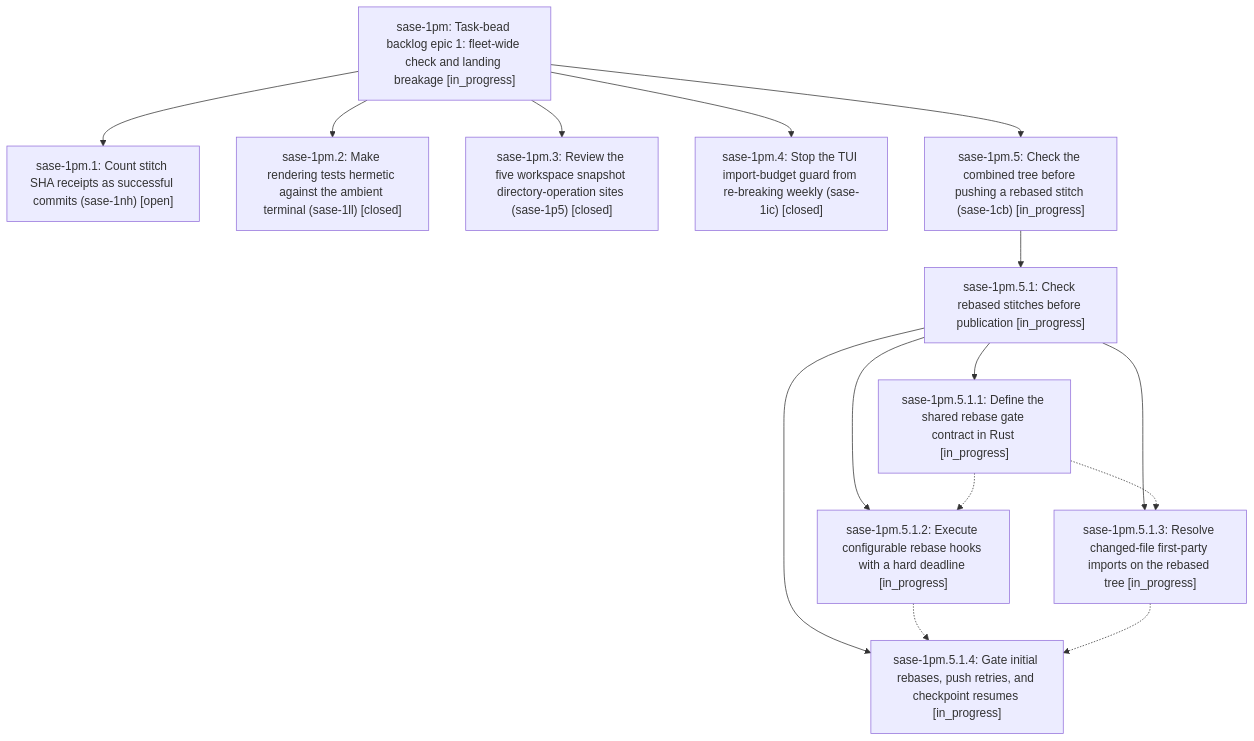
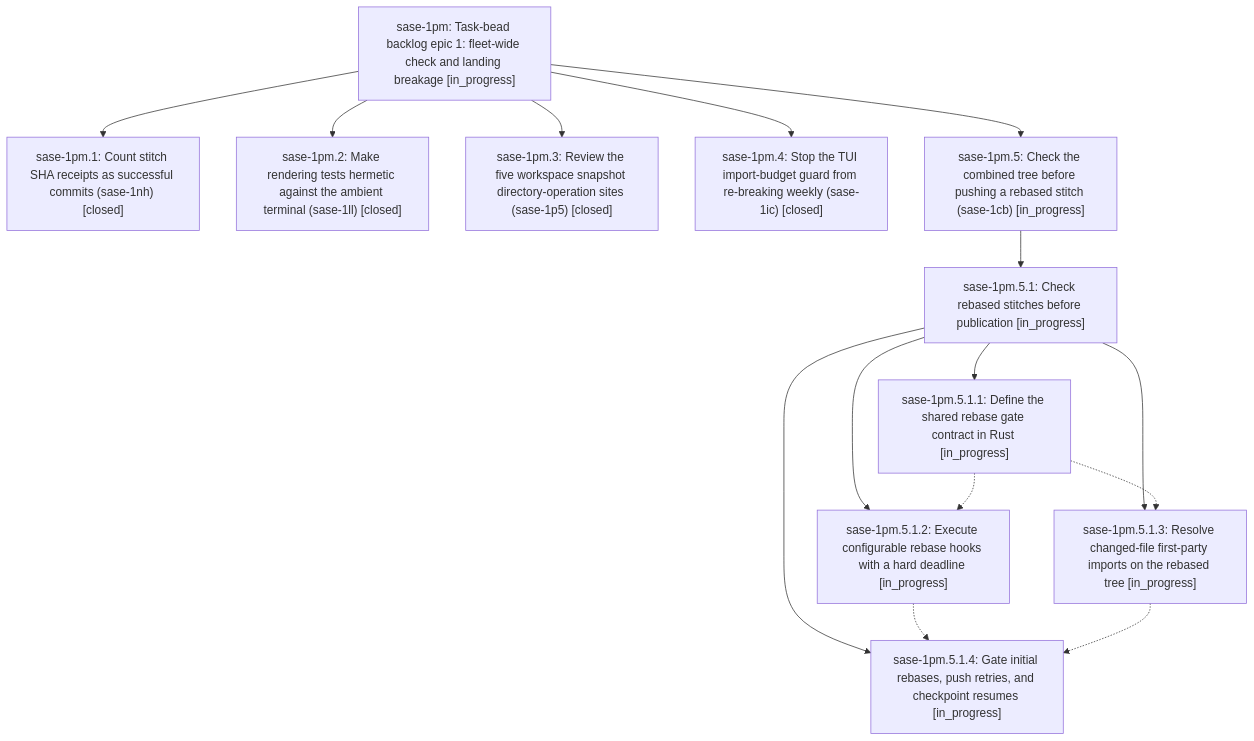
Before and after one commit to sase-org/sase--beads: the diagram in pages/sase-1pm/README.md, drawn with Mermaid. The commit also changed other lines of this file and 2 other files, not shown here.

First line of the commit message:
chore(beads): sync bead state and pages for sase-1pm

````diff
--- a/pages/sase-1pm/README.md
+++ b/pages/sase-1pm/README.md
@@ -38,28 +38,28 @@
 ```mermaid
 flowchart TD
     n0["sase-1pm: Task-bead backlog epic 1: fleet-wide check and landing breakage [in_progress]"]
-    n1["sase-1pm.1: Count stitch SHA receipts as successful commits (sase-1nh) [open]"]
+    n1["sase-1pm.1: Count stitch SHA receipts as successful commits (sase-1nh) [closed]"]
     n2["sase-1pm.2: Make rendering tests hermetic against the ambient terminal (sase-1ll) [closed]"]
     n3["sase-1pm.3: Review the five workspace snapshot directory-operation sites (sase-1p5) [closed]"]
     n4["sase-1pm.4: Stop the TUI import-budget guard from re-breaking weekly (sase-1ic) [closed]"]
     n5["sase-1pm.5: Check the combined tree before pushing a rebased stitch (sase-1cb) [in_progress]"]
     n6["sase-1pm.5.1: Check rebased stitches before publication [in_progress]"]
     n7["sase-1pm.5.1.1: Define the shared rebase gate contract in Rust [in_progress]"]
     n8["sase-1pm.5.1.2: Execute configurable rebase hooks with a hard deadline [in_progress]"]
     n9["sase-1pm.5.1.3: Resolve changed-file first-party imports on the rebased tree [in_progress]"]
     n10["sase-1pm.5.1.4: Gate initial rebases, push retries, and checkpoint resumes [in_progress]"]
     n0 --> n1
     n0 --> n2
     n0 --> n3
     n0 --> n4
     n0 --> n5
     n5 --> n6
     n6 --> n7
     n6 --> n8
     n6 --> n9
     n6 --> n10
     n7 -.-> n8
     n7 -.-> n9
     n8 -.-> n10
     n9 -.-> n10
 ```
````
